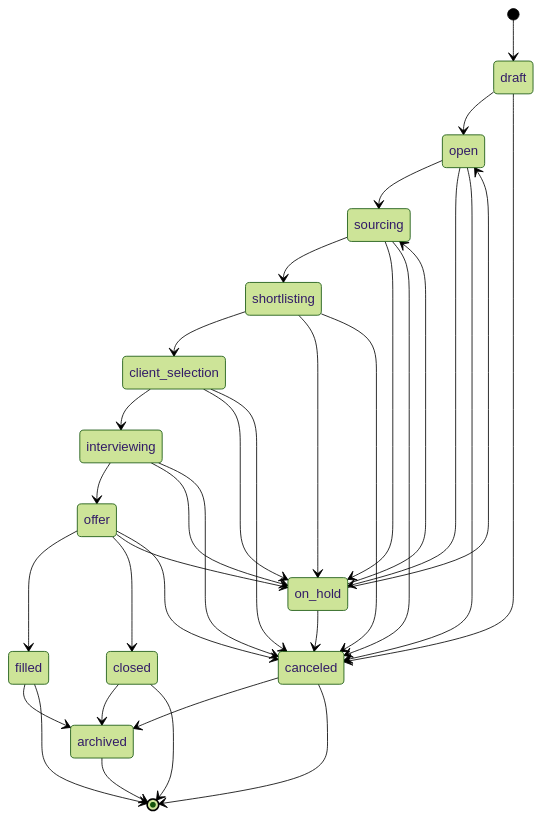
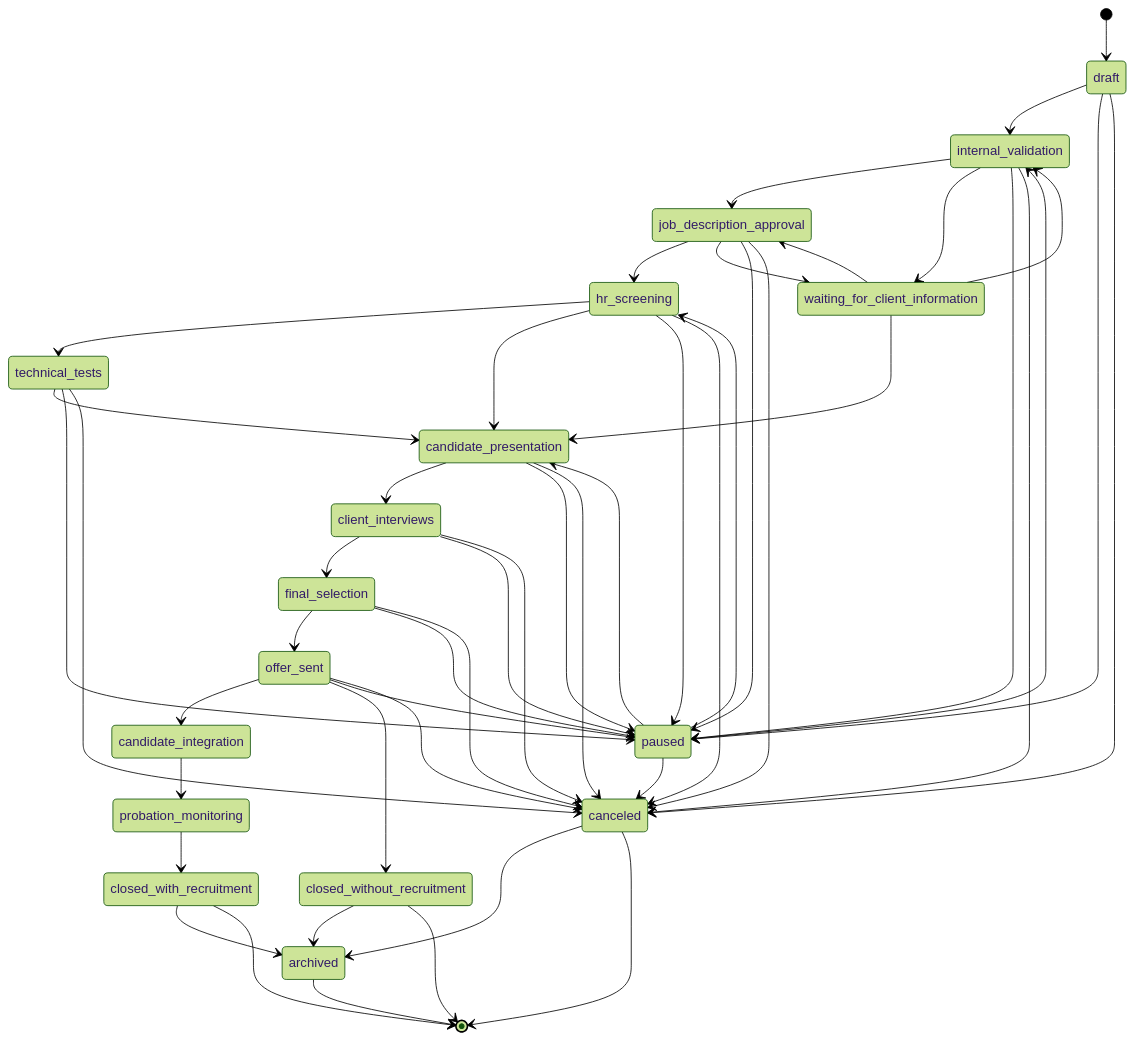
Before and after one commit to cyberdr1ft3r/hire-me-platform: the second of 4 diagrams in docs/workflows.md, drawn with Mermaid (forest theme). The commit also changed other lines of this file and 4 other files, not shown here.

Commit message:
docs: address product architecture review

````diff
--- a/docs/workflows.md
+++ b/docs/workflows.md
@@ -122,35 +161,51 @@
 ```mermaid
 stateDiagram-v2
     [*] --> draft
-    draft --> open
+    draft --> internal_validation
+    internal_validation --> job_description_approval
+    internal_validation --> waiting_for_client_information
+    job_description_approval --> hr_screening
+    job_description_approval --> waiting_for_client_information
+    hr_screening --> technical_tests
+    hr_screening --> candidate_presentation
+    technical_tests --> candidate_presentation
+    candidate_presentation --> client_interviews
+    client_interviews --> final_selection
+    final_selection --> offer_sent
+    offer_sent --> candidate_integration
+    offer_sent --> closed_without_recruitment
+    candidate_integration --> probation_monitoring
+    probation_monitoring --> closed_with_recruitment
+    waiting_for_client_information --> internal_validation
+    waiting_for_client_information --> job_description_approval
+    waiting_for_client_information --> candidate_presentation
+    draft --> paused
+    internal_validation --> paused
+    job_description_approval --> paused
+    hr_screening --> paused
+    technical_tests --> paused
+    candidate_presentation --> paused
+    client_interviews --> paused
+    final_selection --> paused
+    offer_sent --> paused
+    paused --> internal_validation
+    paused --> hr_screening
+    paused --> candidate_presentation
+    paused --> canceled
     draft --> canceled
-    open --> sourcing
-    sourcing --> shortlisting
-    shortlisting --> client_selection
-    client_selection --> interviewing
-    interviewing --> offer
-    offer --> filled
-    offer --> closed
-    open --> on_hold
-    sourcing --> on_hold
-    shortlisting --> on_hold
-    client_selection --> on_hold
-    interviewing --> on_hold
-    offer --> on_hold
-    on_hold --> open
-    on_hold --> sourcing
-    on_hold --> canceled
-    open --> canceled
-    sourcing --> canceled
-    shortlisting --> canceled
-    client_selection --> canceled
-    interviewing --> canceled
-    offer --> canceled
-    filled --> archived
-    closed --> archived
+    internal_validation --> canceled
+    job_description_approval --> canceled
+    hr_screening --> canceled
+    technical_tests --> canceled
+    candidate_presentation --> canceled
+    client_interviews --> canceled
+    final_selection --> canceled
+    offer_sent --> canceled
+    closed_with_recruitment --> archived
+    closed_without_recruitment --> archived
     canceled --> archived
-    filled --> [*]
-    closed --> [*]
+    closed_with_recruitment --> [*]
+    closed_without_recruitment --> [*]
     canceled --> [*]
     archived --> [*]
 ```
````
